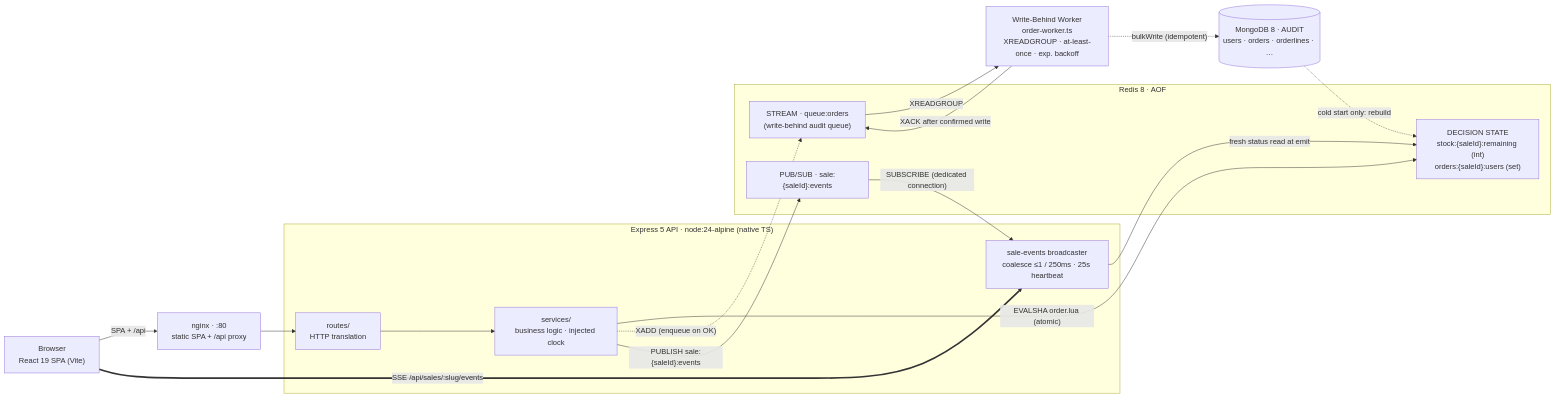
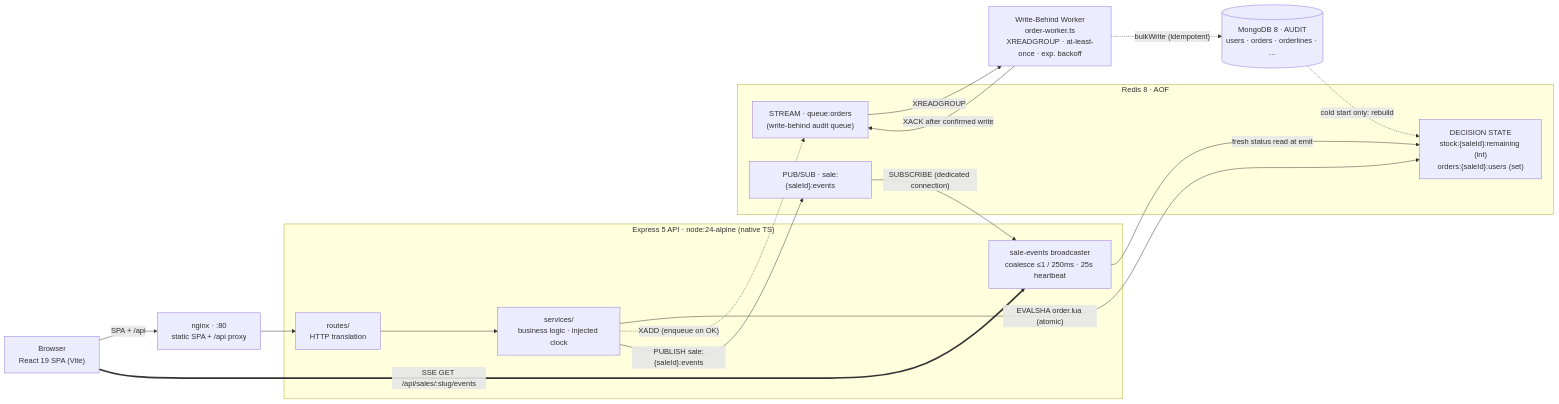
Before and after one commit to mjenh/flash-sale: the diagram in README.md, drawn with Mermaid. The commit also changed other lines of this file and 1 other file, not shown here.

First line of the commit message:
docs: rewrite README and architecture.md from verified implementation

````diff
--- a/README.md
+++ b/README.md
@@ -30,34 +30,34 @@
 ```mermaid
 flowchart LR
     Browser["Browser<br/>React 19 SPA (Vite)"]
     Nginx["nginx · :80<br/>static SPA + /api proxy"]
 
     subgraph API["Express 5 API · node:24-alpine (native TS)"]
         Routes["routes/<br/>HTTP translation"]
         Services["services/<br/>business logic · injected clock"]
         Broadcaster["sale-events broadcaster<br/>coalesce ≤1 / 250ms · 25s heartbeat"]
     end
 
     subgraph Redis["Redis 8 · AOF"]
         Decision["DECISION STATE<br/>stock:{saleId}:remaining (int)<br/>orders:{saleId}:users (set)"]
         Channel["PUB/SUB · sale:{saleId}:events"]
         Queue["STREAM · queue:orders<br/>(write-behind audit queue)"]
     end
 
     Worker["Write-Behind Worker<br/>order-worker.ts<br/>XREADGROUP · at-least-once · exp. backoff"]
     Mongo[("MongoDB 8 · AUDIT<br/>users · orders · orderlines · …")]
 
     Browser -- "SPA + /api" --> Nginx
     Nginx --> Routes
-    Browser == "SSE /api/sales/:slug/events" ==> Broadcaster
+    Browser == "SSE GET /api/sales/:slug/events" ==> Broadcaster
     Routes --> Services
     Services -- "EVALSHA order.lua (atomic)" --> Decision
     Services -. "XADD (enqueue on OK)" .-> Queue
     Queue -- "XREADGROUP" --> Worker
     Worker -. "bulkWrite (idempotent)" .-> Mongo
     Worker -- "XACK after confirmed write" --> Queue
     Services -- "PUBLISH sale:{saleId}:events" --> Channel
     Channel -- "SUBSCRIBE (dedicated connection)" --> Broadcaster
     Broadcaster -- "fresh status read at emit" --> Decision
     Mongo -. "cold start only: rebuild" .-> Decision
 ```
````
